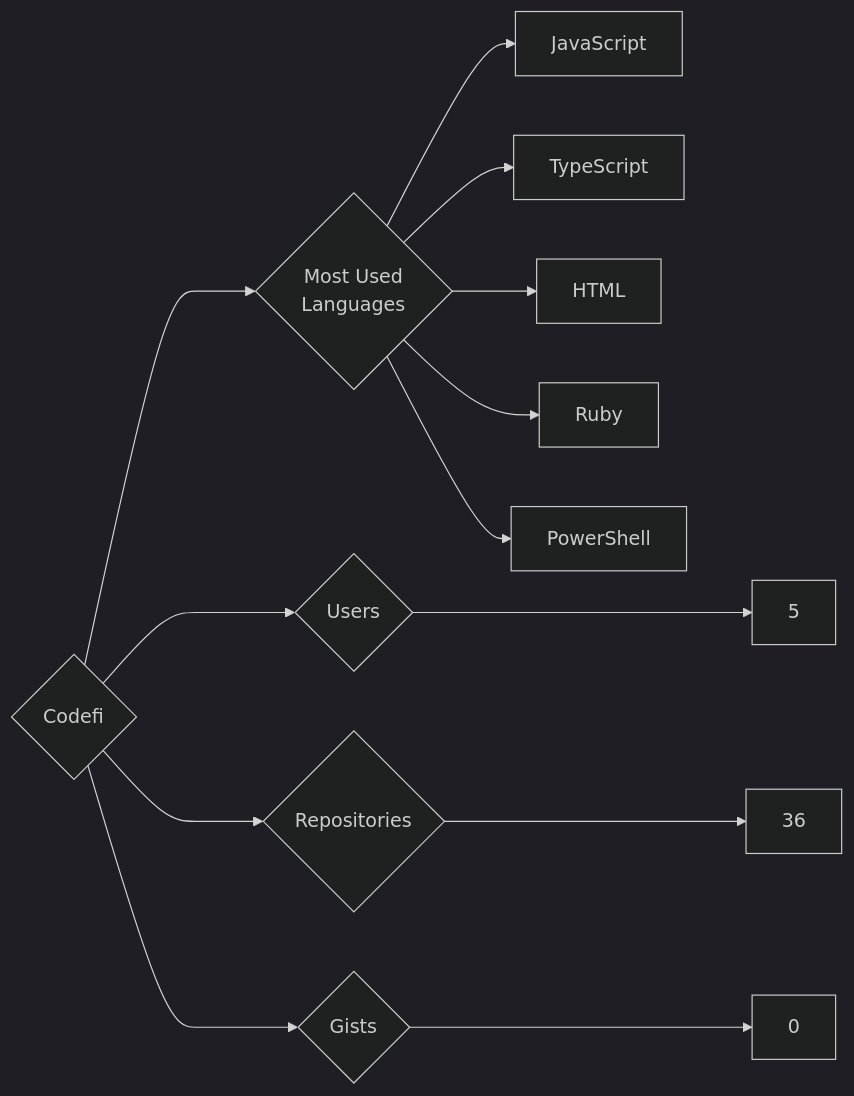
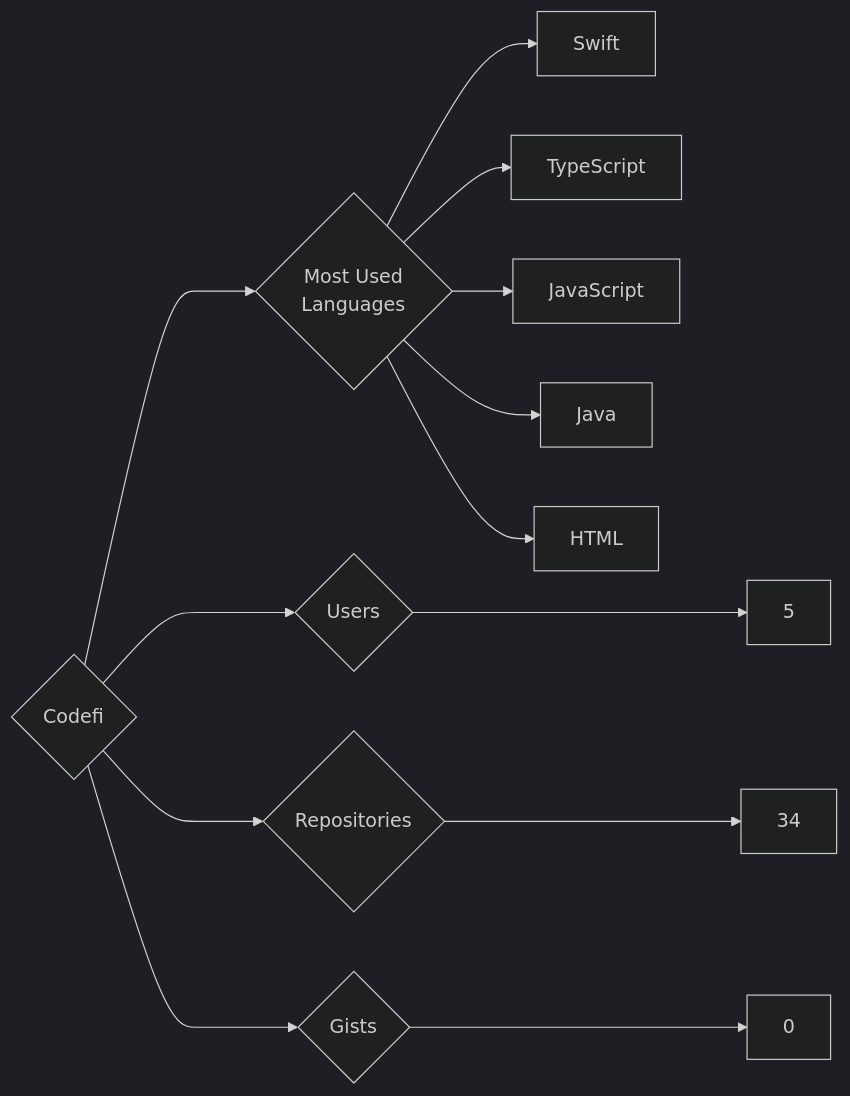
Before and after one commit to trickest/insiders: the diagram in targets/Codefi/README.md, drawn with Mermaid (dark theme). The commit also changed 927 other files, not shown here.

````diff
--- a/targets/Codefi/README.md
+++ b/targets/Codefi/README.md
@@ -3,13 +3,13 @@
 ```mermaid
 graph LR
 COMPANY_NAME{Codefi}
 COMPANY_NAME ---> U{Users} ---> UN[5]
-COMPANY_NAME ---> R{Repositories} ---> RN[36]
+COMPANY_NAME ---> R{Repositories} ---> RN[34]
 COMPANY_NAME ---> G{Gists} ---> GN[0]
 COMPANY_NAME ---> ML{Most Used<br>Languages}
+ML --> Swift[Swift]
+ML --> TypeScript[TypeScript]
 ML --> JavaScript[JavaScript]
-ML --> TypeScript[TypeScript]
+ML --> Java[Java]
 ML --> HTML[HTML]
-ML --> Ruby[Ruby]
-ML --> PowerShell[PowerShell]
 ```
````
